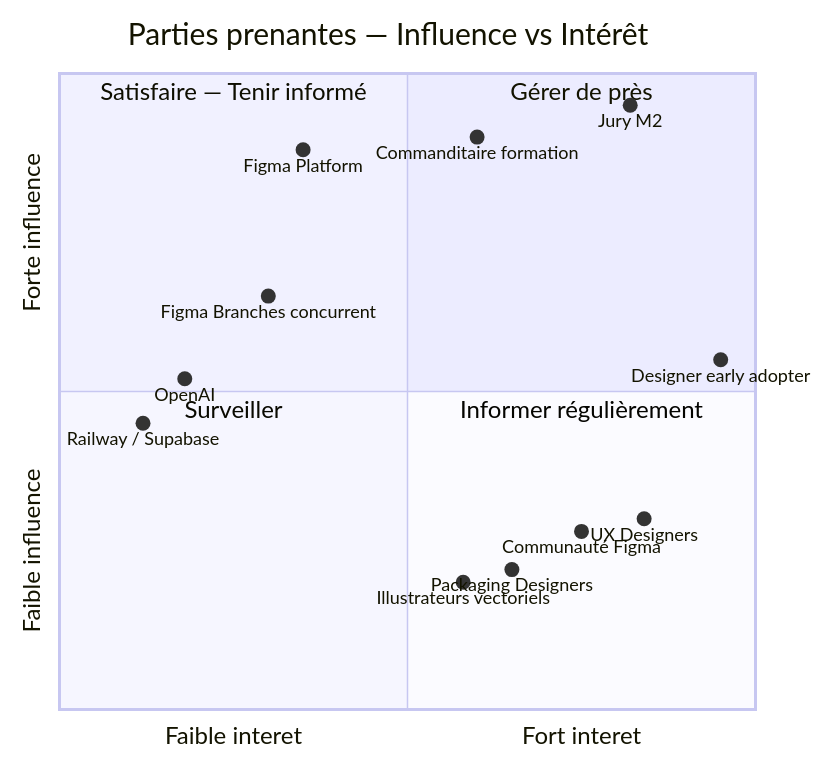
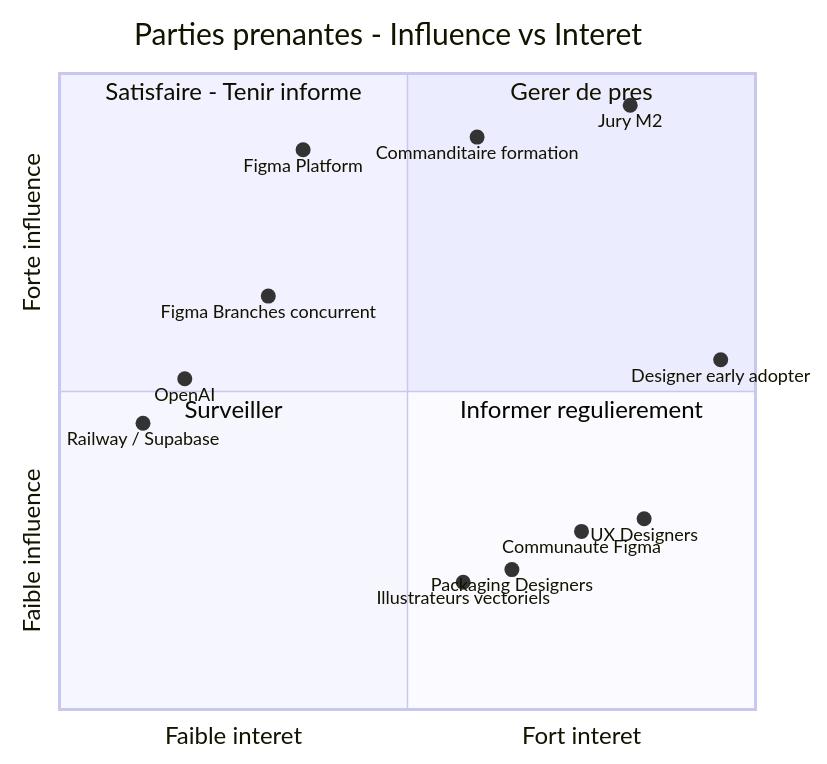
Before and after one commit to Hardi99/design-guardian: the first of 2 diagrams in docs/BC01/03-parties-prenantes.md, drawn with Mermaid. The commit also changed 1 other file, not shown here.

Commit message:
fix(docs): strip accents and em-dashes from quadrantChart labels

````diff
--- a/docs/BC01/03-parties-prenantes.md
+++ b/docs/BC01/03-parties-prenantes.md
@@ -5,21 +5,21 @@
 ```mermaid
 quadrantChart
-    title Parties prenantes — Influence vs Intérêt
+    title Parties prenantes - Influence vs Interet
     x-axis Faible interet --> Fort interet
     y-axis Faible influence --> Forte influence
-    quadrant-1 Gérer de près
-    quadrant-2 Satisfaire — Tenir informé
+    quadrant-1 Gerer de pres
+    quadrant-2 Satisfaire - Tenir informe
     quadrant-3 Surveiller
-    quadrant-4 Informer régulièrement
+    quadrant-4 Informer regulierement
     Jury M2: [0.82, 0.95]
     Commanditaire formation: [0.60, 0.90]
     Figma Platform: [0.35, 0.88]
     Designer early adopter: [0.95, 0.55]
     UX Designers: [0.84, 0.30]
-    Communauté Figma: [0.75, 0.28]
+    Communaute Figma: [0.75, 0.28]
     Packaging Designers: [0.65, 0.22]
     Illustrateurs vectoriels: [0.58, 0.20]
     OpenAI: [0.18, 0.52]
     Railway / Supabase: [0.12, 0.45]
     Figma Branches concurrent: [0.30, 0.65]
 ```
````
